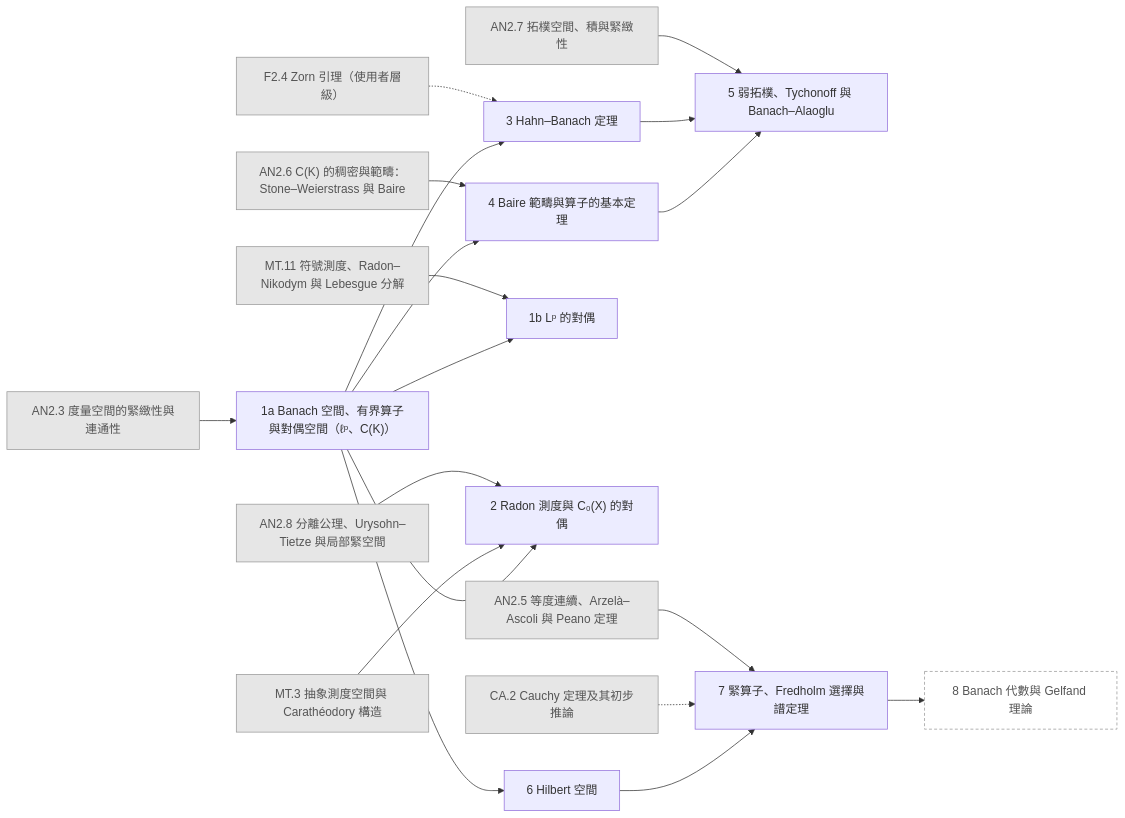
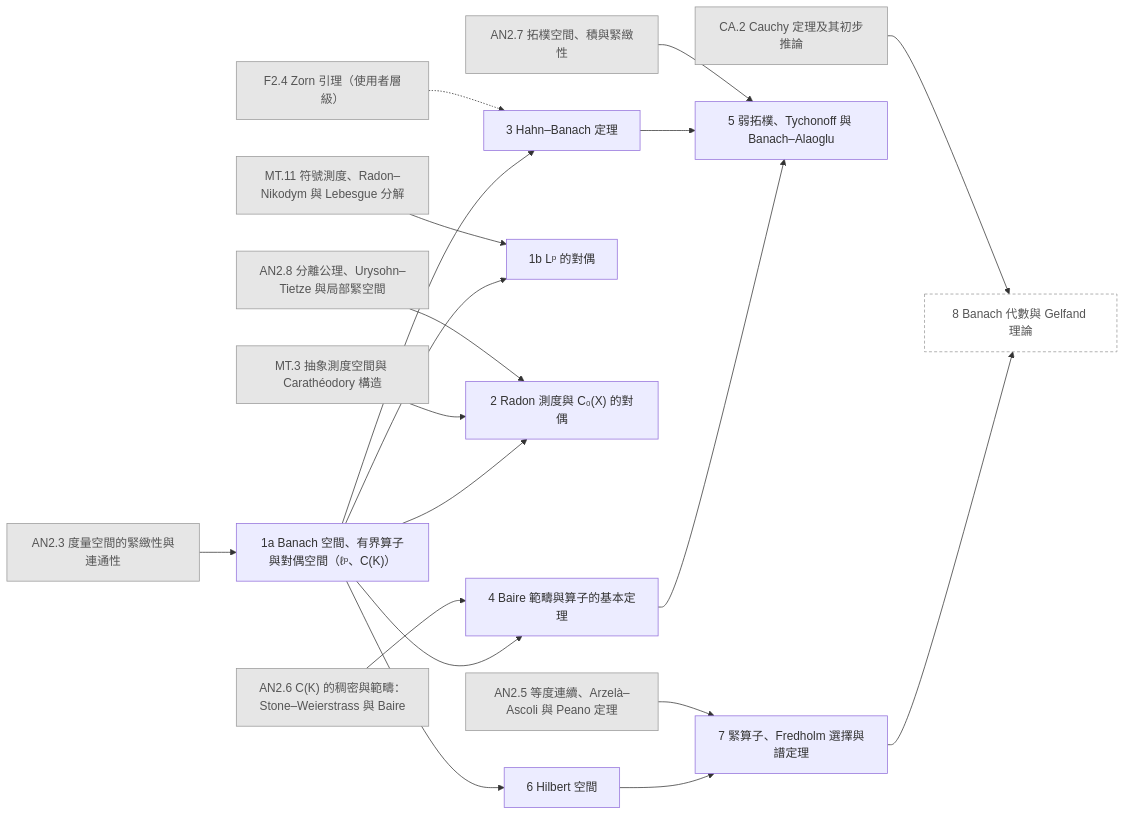
Before and after one commit to AkizumiFox/math-atlas: the diagram in generated/chapters/FA.mmd, drawn with Mermaid. The commit also changed 14 other files, not shown here.

```diff
--- a/generated/chapters/FA.mmd
+++ b/generated/chapters/FA.mmd
@@ -1,40 +1,40 @@
 flowchart LR
   F2_4["F2.4 Zorn 引理（使用者層級）"]:::ext
   AN2_3["AN2.3 度量空間的緊緻性與連通性"]:::ext
   AN2_5["AN2.5 等度連續、Arzelà–Ascoli 與 Peano 定理"]:::ext
   AN2_6["AN2.6 C(K) 的稠密與範疇：Stone–Weierstrass 與 Baire"]:::ext
   AN2_7["AN2.7 拓樸空間、積與緊緻性"]:::ext
   AN2_8["AN2.8 分離公理、Urysohn–Tietze 與局部緊空間"]:::ext
   MT_3["MT.3 抽象測度空間與 Carathéodory 構造"]:::ext
   MT_11["MT.11 符號測度、Radon–Nikodym 與 Lebesgue 分解"]:::ext
   CA_2["CA.2 Cauchy 定理及其初步推論"]:::ext
   FA_1a["1a Banach 空間、有界算子與對偶空間（ℓᵖ、C(K)）"]
   FA_1b["1b Lᵖ 的對偶"]
   FA_2["2 Radon 測度與 C₀(X) 的對偶"]
   FA_3["3 Hahn–Banach 定理"]
   FA_4["4 Baire 範疇與算子的基本定理"]
   FA_5["5 弱拓樸、Tychonoff 與 Banach–Alaoglu"]
   FA_6["6 Hilbert 空間"]
   FA_7["7 緊算子、Fredholm 選擇與譜定理"]
   FA_8["8 Banach 代數與 Gelfand 理論"]:::opt
   AN2_3 --> FA_1a
   MT_11 --> FA_1b
   FA_1a --> FA_1b
   AN2_8 --> FA_2
   MT_3 --> FA_2
   FA_1a --> FA_2
   F2_4 -.-> FA_3
   FA_1a --> FA_3
   AN2_6 --> FA_4
   FA_1a --> FA_4
   AN2_7 --> FA_5
   FA_3 --> FA_5
   FA_4 --> FA_5
   FA_1a --> FA_6
   AN2_5 --> FA_7
-  CA_2 -.-> FA_7
   FA_6 --> FA_7
+  CA_2 --> FA_8
   FA_7 --> FA_8
   classDef ext fill:#e6e6e6,stroke:#999,color:#555
   classDef opt fill:#fff,stroke:#999,stroke-dasharray:4 3,color:#555
   classDef segb fill:#f6f6fb,stroke:#99a,color:#333
```
